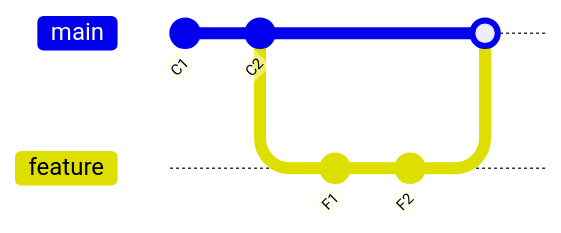
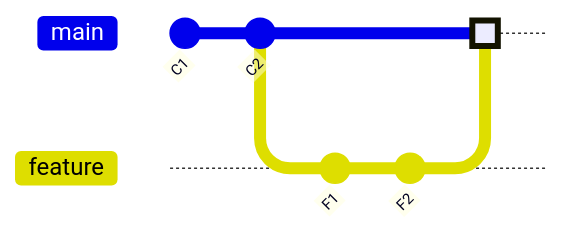
One commit to Foreach-Academy-France/formation-devops-initiation changed the second of 5 diagrams in slides/03-git-versioning.md. Above: the diagram before and after it, drawn with Mermaid. The commit also changed other lines of this file, not shown here.

First line of the commit message:
🐛 fix(slides): clarify fast-forward vs merge commit difference in Module 03 slide 15

```diff
--- a/slides/03-git-versioning.md
+++ b/slides/03-git-versioning.md
@@ -322,11 +322,11 @@
     <div class="mermaid">
 gitGraph
   commit id: "C1"
   commit id: "C2"
   branch feature
   checkout feature
   commit id: "F1"
   commit id: "F2"
   checkout main
-  merge feature
+  merge feature type: HIGHLIGHT
     </div>
```
